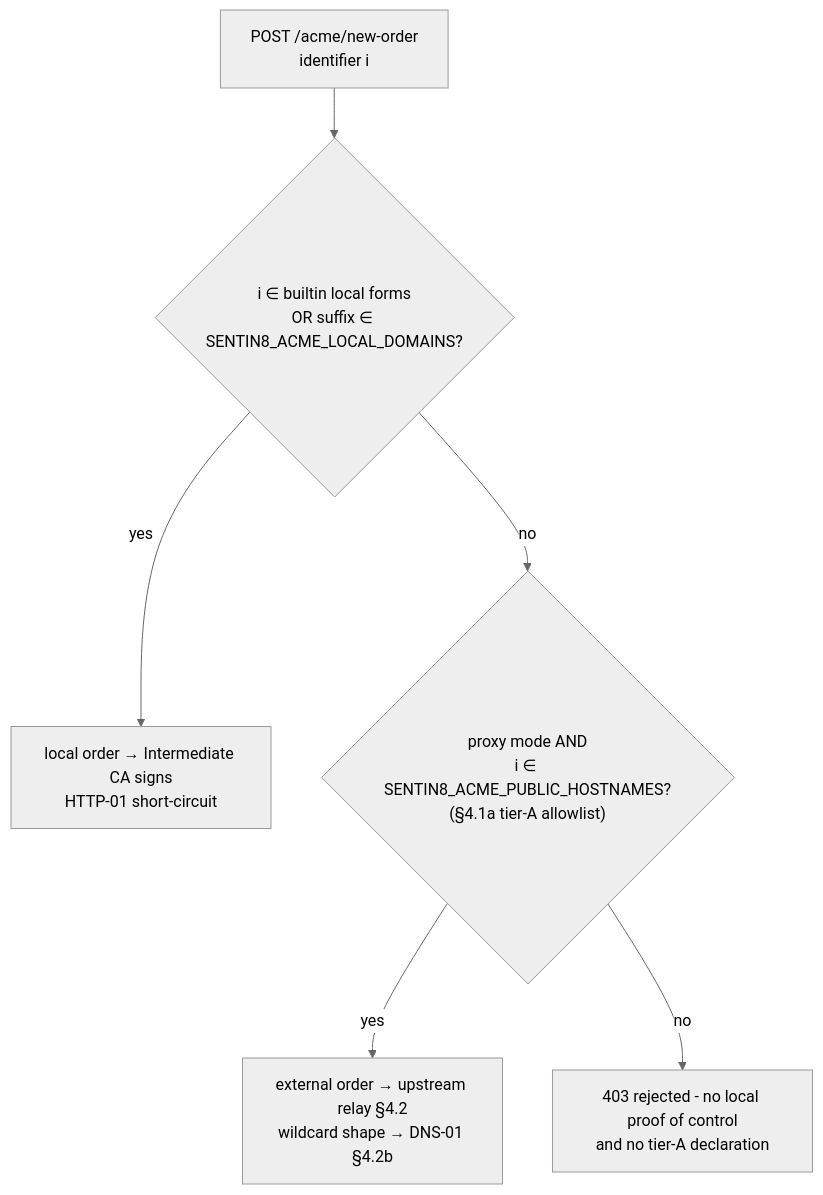
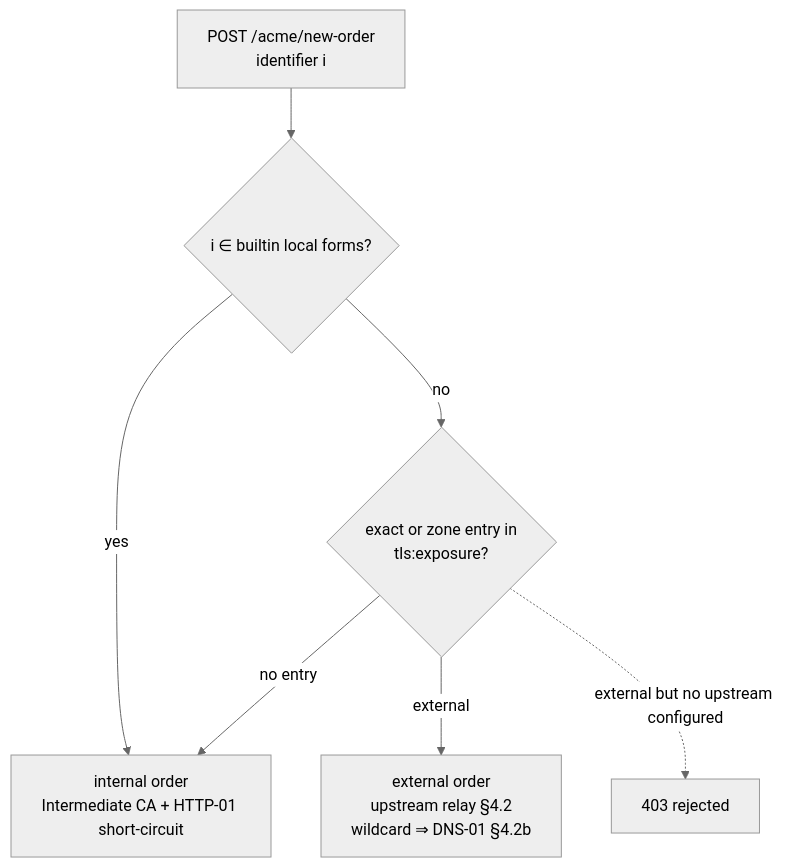
One commit to Sentin8/sentin8-acme changed the tenth of 15 diagrams in DESIGN.md. Above: the diagram before and after it, drawn with Mermaid (neutral theme). The commit also changed other lines of this file and 9 other files, not shown here.

First line of the commit message:
TLS-EXPOSURE-1: classify orders from the exposure map, delete the domain knobs

````diff
--- a/DESIGN.md
+++ b/DESIGN.md
@@ -672,8 +675,9 @@
 ```mermaid
 flowchart TD
-    O["POST /acme/new-order<br/>identifier i"] --> B{"i ∈ builtin local forms<br/>OR suffix ∈ SENTIN8_ACME_LOCAL_DOMAINS?"}
-    B -- yes --> L[local order → Intermediate CA signs<br/>HTTP-01 short-circuit]
-    B -- no --> W{"proxy mode AND<br/>i ∈ SENTIN8_ACME_PUBLIC_HOSTNAMES?<br/>(§4.1a tier-A allowlist)"}
-    W -- yes --> P[external order → upstream relay §4.2<br/>wildcard shape → DNS-01 §4.2b]
-    W -- no --> R["403 rejected - no local proof of control<br/>and no tier-A declaration"]
+    O["POST /acme/new-order<br/>identifier i"] --> B{"i ∈ builtin local forms?"}
+    B -- yes --> L["internal order<br/>Intermediate CA + HTTP-01 short-circuit"]
+    B -- no --> X{"exact or zone entry in<br/>tls:exposure?"}
+    X -- "external" --> P["external order<br/>upstream relay §4.2<br/>wildcard ⇒ DNS-01 §4.2b"]
+    X -- "no entry" --> L
+    X -.->|"external but no upstream configured"| R["403 rejected"]
 ```
````
